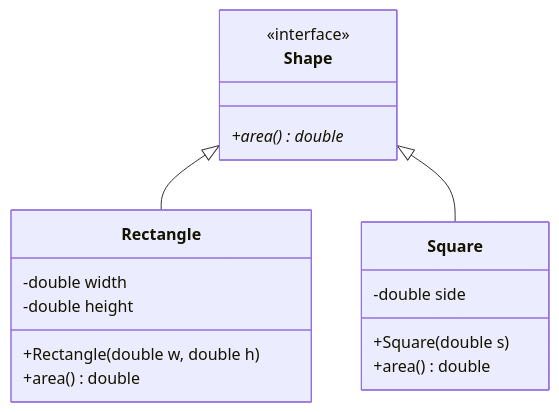
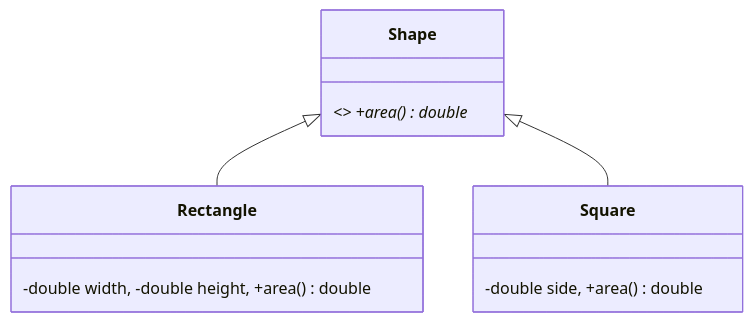
One commit to divyap271/systemDesign changed the third of 22 diagrams in readme.md. Above: the diagram before and after it, drawn with Mermaid. The commit also changed other lines of this file, not shown here.

````diff
--- a/readme.md
+++ b/readme.md
@@ -41,20 +64,8 @@
 ```mermaid
 classDiagram
-    class Shape {
-        <<interface>>
-        +area()* double
-    }
-    class Rectangle {
-        -double width
-        -double height
-        +Rectangle(double w, double h)
-        +area() double
-    }
-    class Square {
-        -double side
-        +Square(double s)
-        +area() double
-    }
+    class Shape { <<interface>> +area()* double }
+    class Rectangle { -double width, -double height, +area() double }
+    class Square { -double side, +area() double }
     Shape <|-- Rectangle
     Shape <|-- Square
 ```
````
